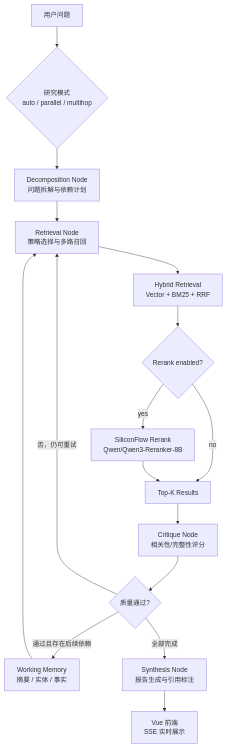
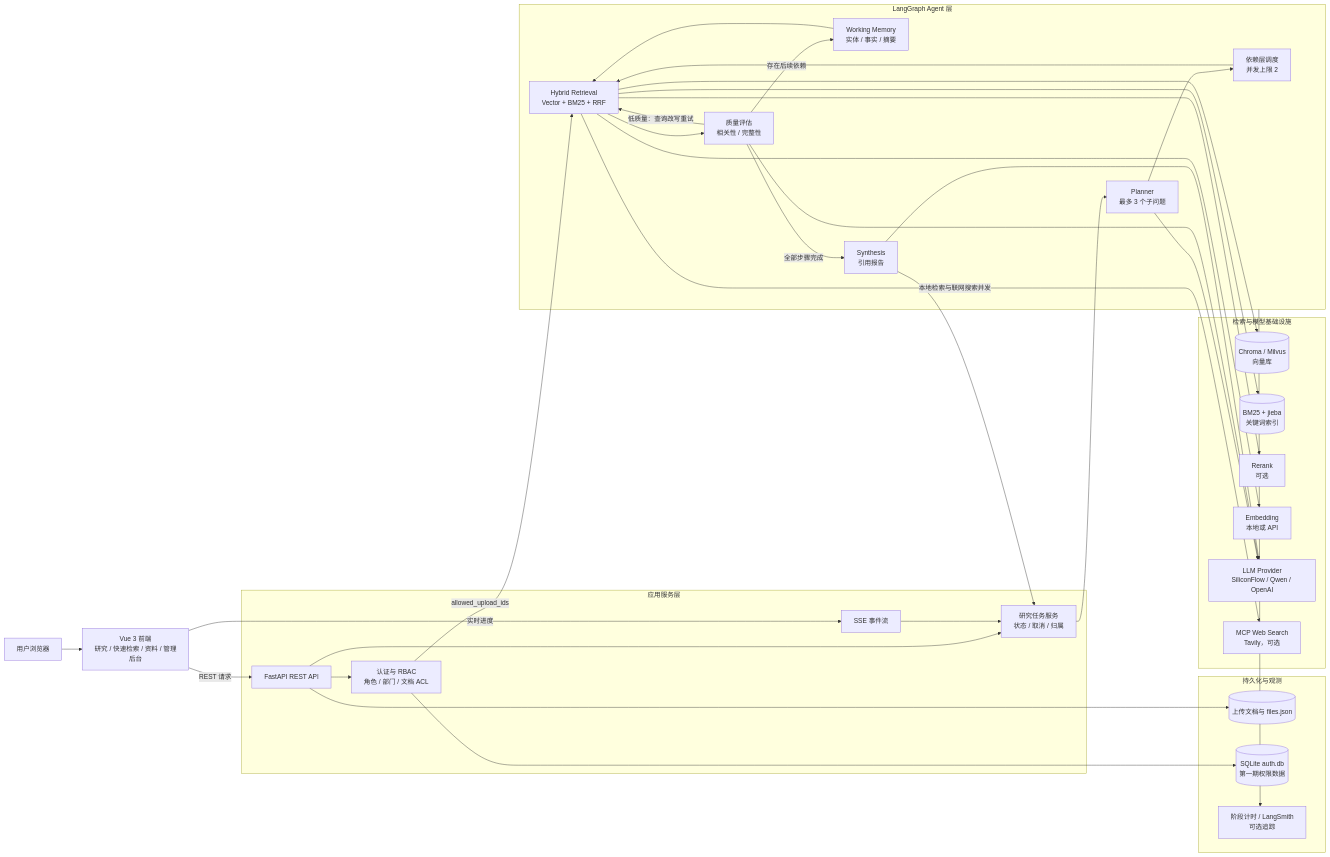
Before and after one commit to albertyuee/deep-research-agent: the diagram in README.md, drawn with Mermaid. The commit also changed other lines of this file and 44 other files, not shown here.

````diff
--- a/README.md
+++ b/README.md
@@ -76,18 +98,62 @@
 ```mermaid
-flowchart TD
-    A[用户问题] --> M{研究模式<br/>auto / parallel / multihop}
-    M --> B[Decomposition Node<br/>问题拆解与依赖计划]
-    B --> C[Retrieval Node<br/>策略选择与多路召回]
-    C --> D[Hybrid Retrieval<br/>Vector + BM25 + RRF]
-    D --> E{Rerank enabled?}
-    E -- yes --> F[SiliconFlow Rerank<br/>Qwen/Qwen3-Reranker-8B]
-    E -- no --> G[Top-K Results]
-    F --> G
-    G --> H[Critique Node<br/>相关性/完整性评分]
-    H --> I{质量通过?}
-    I -- 否，仍可重试 --> C
-    I -- 通过且存在后续依赖 --> L[Working Memory<br/>摘要 / 实体 / 事实]
-    L --> C
-    I -- 全部完成 --> J[Synthesis Node<br/>报告生成与引用标注]
-    J --> K[Vue 前端<br/>SSE 实时展示]
+flowchart LR
+    U[用户浏览器] --> F[Vue 3 前端<br/>研究 / 快速检索 / 资料 / 管理后台]
+
+    subgraph APP[应用服务层]
+        API[FastAPI REST API]
+        SSE[SSE 事件流]
+        AUTH[认证与 RBAC<br/>角色 / 部门 / 文档 ACL]
+        TASK[研究任务服务<br/>状态 / 取消 / 归属]
+    end
+
+    F -->|REST 请求| API
+    F -->|实时进度| SSE
+    API --> AUTH
+    API --> TASK
+    SSE --> TASK
+
+    subgraph AGENT[LangGraph Agent 层]
+        PLAN[Planner<br/>最多 3 个子问题]
+        SCHED[依赖层调度<br/>并发上限 2]
+        RETRIEVE[Hybrid Retrieval<br/>Vector + BM25 + RRF]
+        CRITIQUE[质量评估<br/>相关性 / 完整性]
+        MEMORY[Working Memory<br/>实体 / 事实 / 摘要]
+        SYNTH[Synthesis<br/>引用报告]
+        PLAN --> SCHED --> RETRIEVE --> CRITIQUE
+        CRITIQUE -->|低质量：查询改写重试| RETRIEVE
+        CRITIQUE -->|存在后续依赖| MEMORY --> RETRIEVE
+        CRITIQUE -->|全部步骤完成| SYNTH
+    end
+
+    TASK --> PLAN
+    AUTH -->|allowed_upload_ids| RETRIEVE
+    SYNTH --> TASK
+
+    subgraph RETRIEVAL[检索与模型基础设施]
+        VECTOR[(Chroma / Milvus<br/>向量库)]
+        BM25[(BM25 + jieba<br/>关键词索引)]
+        RERANK[Rerank<br/>可选]
+        EMB[Embedding<br/>本地或 API]
+        LLM[LLM Provider<br/>SiliconFlow / Qwen / OpenAI]
+        WEB[MCP Web Search<br/>Tavily，可选]
+    end
+
+    RETRIEVE --> VECTOR
+    RETRIEVE --> BM25
+    RETRIEVE --> RERANK
+    RETRIEVE --> EMB
+    PLAN --> LLM
+    CRITIQUE --> LLM
+    SYNTH --> LLM
+    RETRIEVE -->|本地检索与联网搜索并发| WEB
+
+    subgraph DATA[持久化与观测]
+        DOCS[(上传文档与 files.json)]
+        AUTHDB[(SQLite auth.db<br/>第一期权限数据)]
+        TIMING[阶段计时 / LangSmith<br/>可选追踪]
+    end
+
+    API --> DOCS
+    AUTH --> AUTHDB
+    AGENT --> TIMING
 ```
````
